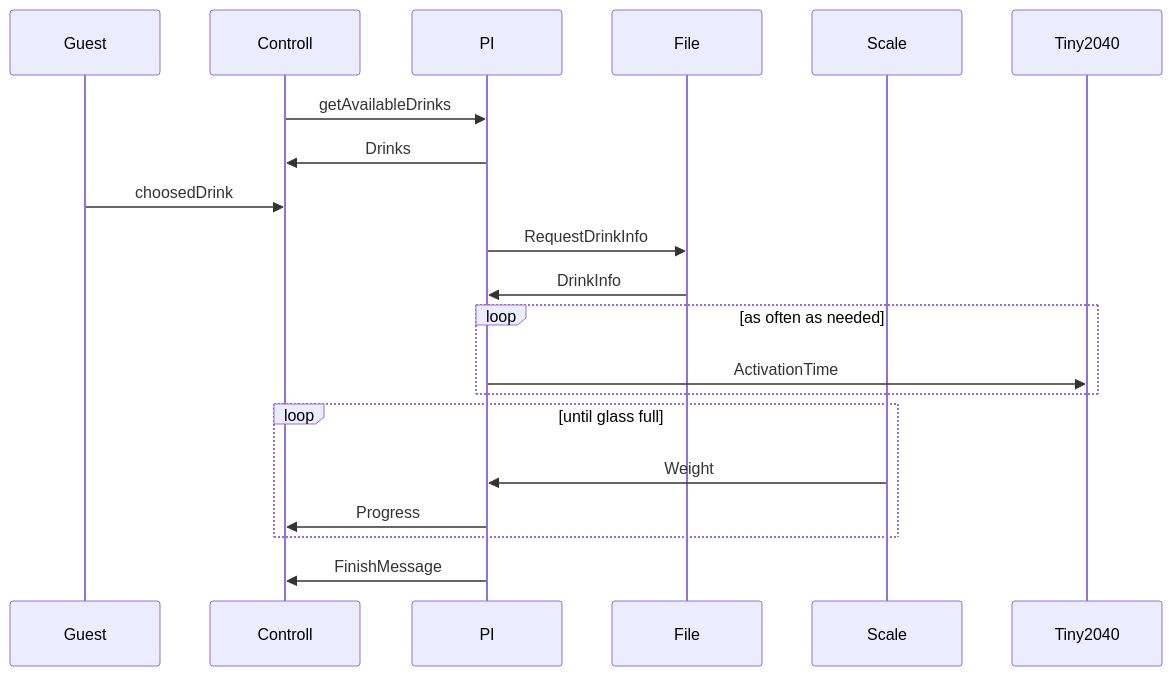
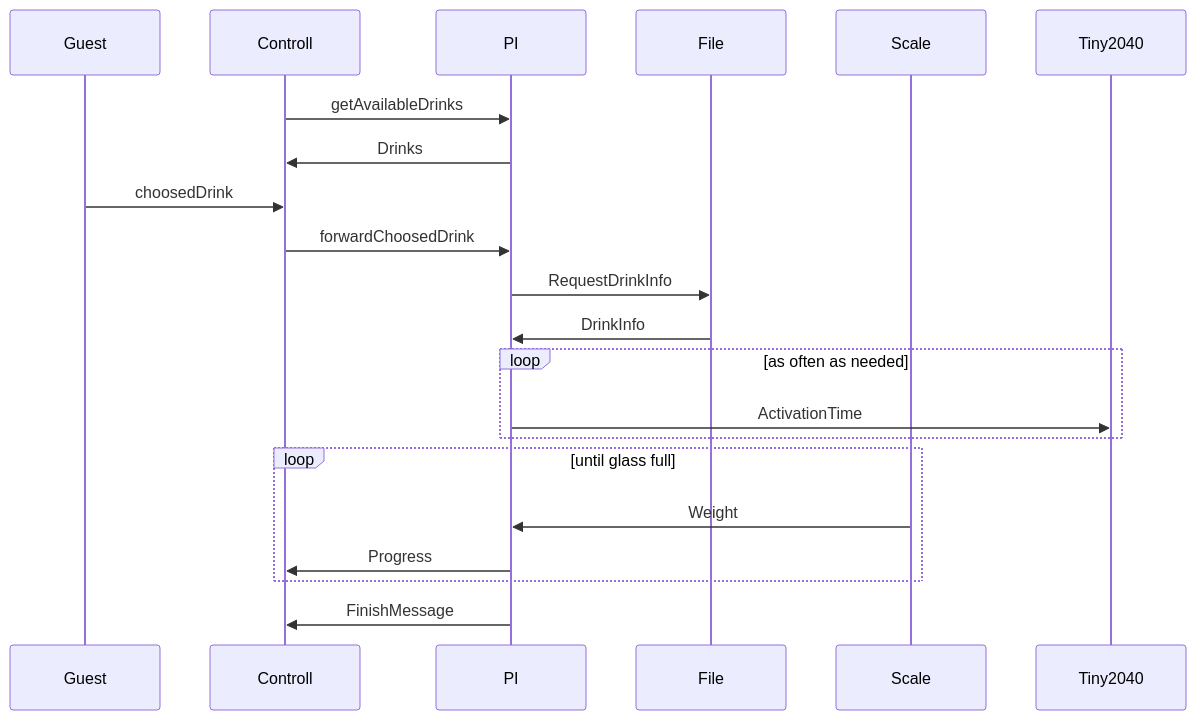
The first of 2 diagrams in documentation/concept.md (ES-EDU-SIEGMA/Documentation), drawn with Mermaid before and after one commit. The commit also changed 11 other files, not shown here.

````diff
--- a/documentation/concept.md
+++ b/documentation/concept.md
@@ -40,23 +40,24 @@
 ```mermaid
 sequenceDiagram
     participant Guest
     participant Controll
     participant PI
     participant File
     participant Scale
     participant RP2040 as Tiny2040
 
     Controll->>PI: getAvailableDrinks
     PI->>Controll: Drinks
     Guest->>Controll: choosedDrink
+    Controll->>PI: forwardChoosedDrink
     PI->>File:RequestDrinkInfo
     File->>PI: DrinkInfo
     loop as often as needed
         PI->>RP2040: ActivationTime
     end
     loop until glass full
         Scale->>PI: Weight
         PI->>Controll: Progress
     end
     PI->>Controll: FinishMessage
 ```
````
